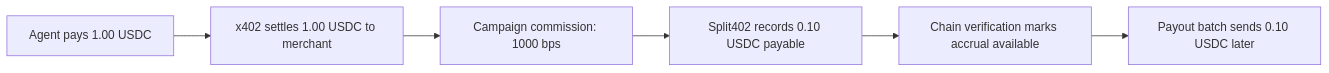
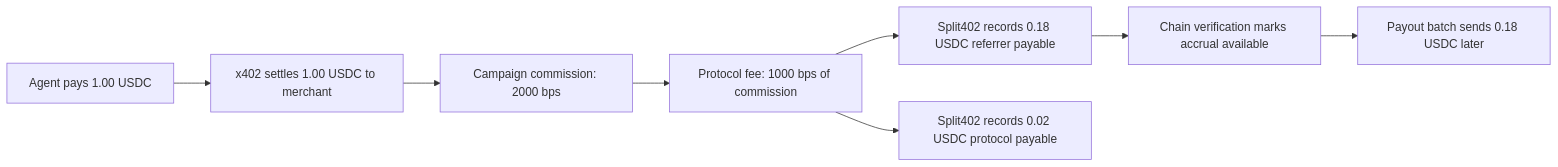
One commit to split402protocol/splitx402 changed the second of 7 diagrams in README.md. Above: the diagram before and after it, drawn with Mermaid. The commit also changed other lines of this file and 30 other files, not shown here.

Commit message:
Fix protocol fee and self-referral semantics

````diff
--- a/README.md
+++ b/README.md
@@ -78,15 +80,19 @@
 ```mermaid
 flowchart LR
   Pay["Agent pays 1.00 USDC"]
   Gross["x402 settles 1.00 USDC to merchant"]
-  Terms["Campaign commission: 1000 bps"]
-  Liability["Split402 records 0.10 USDC payable"]
+  Terms["Campaign commission: 2000 bps"]
+  Fee["Protocol fee: 1000 bps of commission"]
+  Liability["Split402 records 0.18 USDC referrer payable"]
+  ProtocolFee["Split402 records 0.02 USDC protocol payable"]
   Verify["Chain verification marks accrual available"]
-  Batch["Payout batch sends 0.10 USDC later"]
+  Batch["Payout batch sends 0.18 USDC later"]
 
   Pay --> Gross
   Gross --> Terms
-  Terms --> Liability
+  Terms --> Fee
+  Fee --> Liability
+  Fee --> ProtocolFee
   Liability --> Verify
   Verify --> Batch
 ```
````
